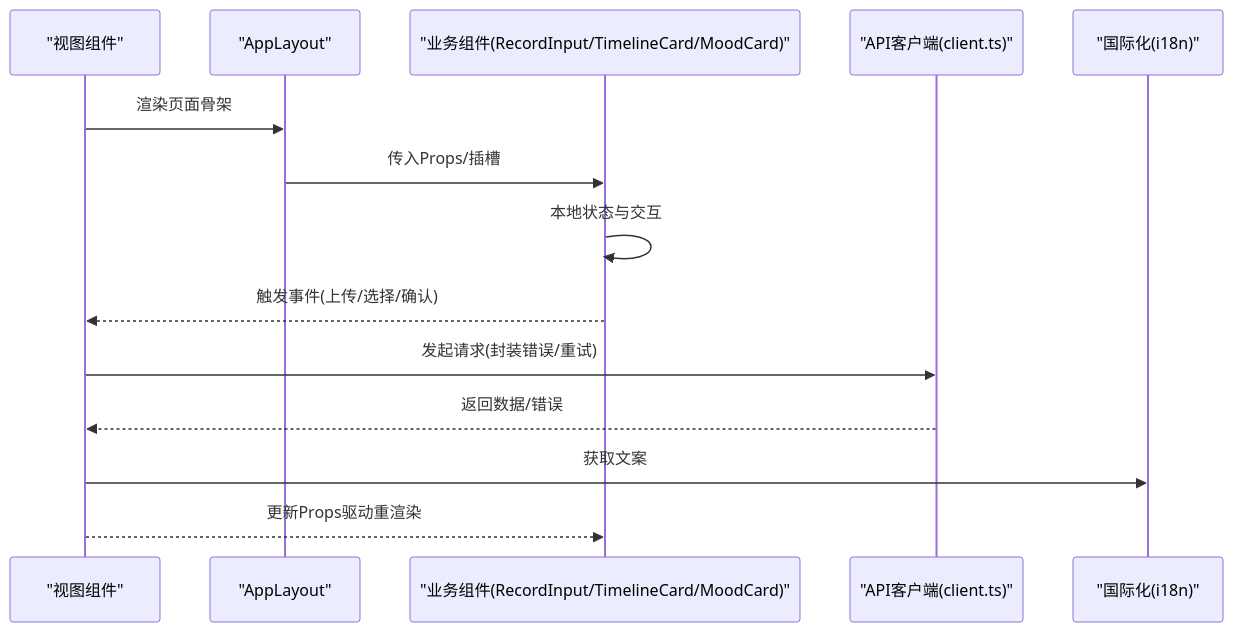
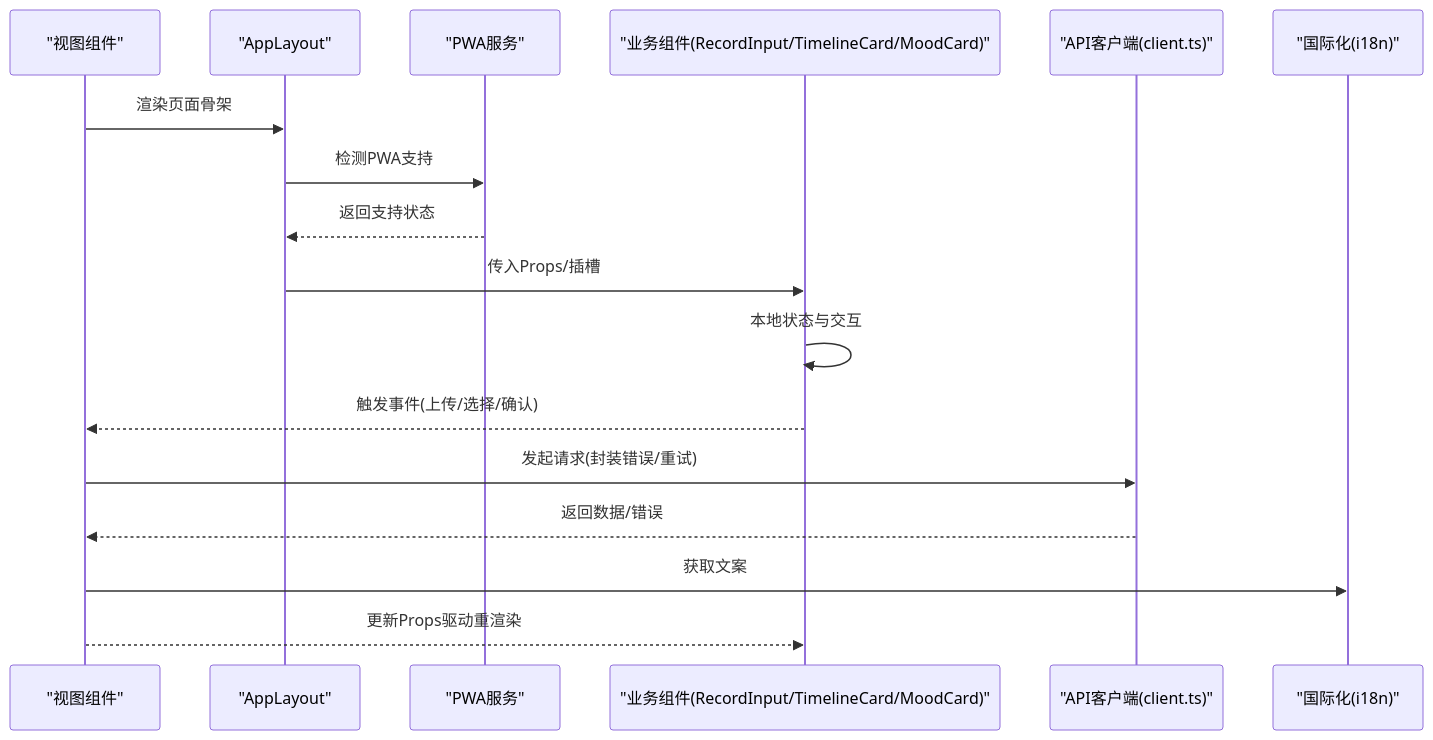
Before and after one commit to xufuyu/Lumen: the second of 8 diagrams in .qoder/repowiki/zh/content/前端开发/组件系统/组件系统.md, drawn with Mermaid. The commit also changed other lines of this file and 43 other files, not shown here.

````diff
--- a/.qoder/repowiki/zh/content/前端开发/组件系统/组件系统.md
+++ b/.qoder/repowiki/zh/content/前端开发/组件系统/组件系统.md
@@ -103,16 +114,19 @@
 ```mermaid
 sequenceDiagram
 participant View as "视图组件"
 participant Layout as "AppLayout"
+participant PWA as "PWA服务"
 participant Comp as "业务组件(RecordInput/TimelineCard/MoodCard)"
 participant API as "API客户端(client.ts)"
 participant I18n as "国际化(i18n)"
 View->>Layout : 渲染页面骨架
+Layout->>PWA : 检测PWA支持
+PWA-->>Layout : 返回支持状态
 Layout->>Comp : 传入Props/插槽
 Comp->>Comp : 本地状态与交互
 Comp-->>View : 触发事件(上传/选择/确认)
 View->>API : 发起请求(封装错误/重试)
 API-->>View : 返回数据/错误
 View->>I18n : 获取文案
 View-->>Comp : 更新Props驱动重渲染
 ```
````
